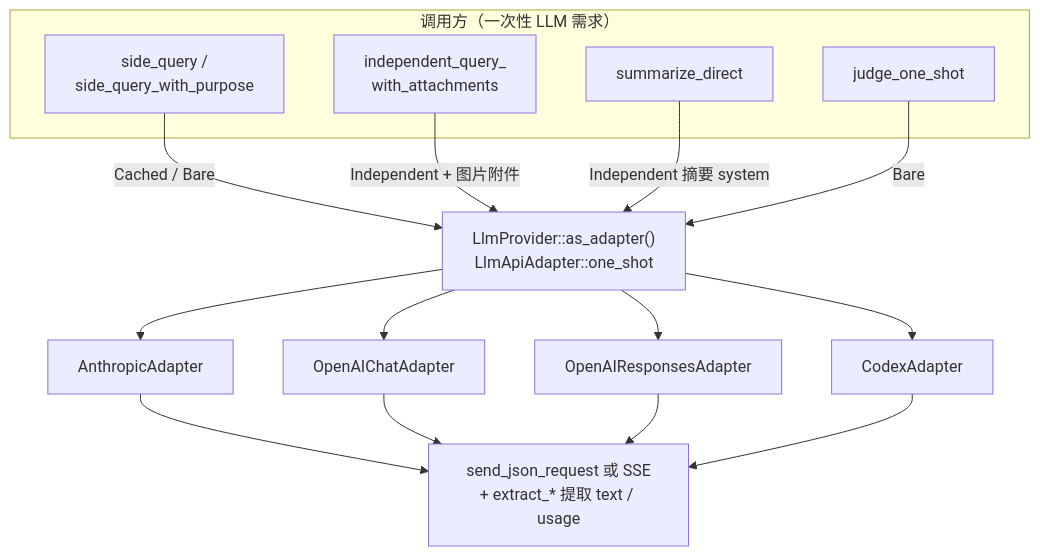
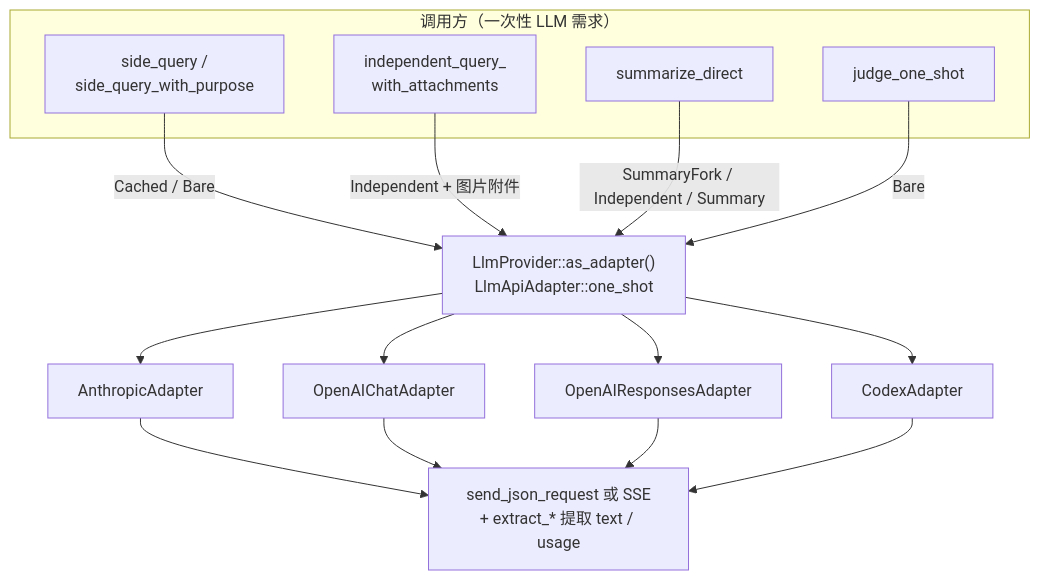
The second of 4 diagrams in mirrors/repos/shiwenwen@hope-agent/docs/architecture/agent/side-query.md (gabrielmoreira/agent-skills-mirror), drawn with Mermaid before and after one commit. The commit also changed other lines of this file and 4037 other files, not shown here.

````diff
--- a/mirrors/repos/shiwenwen@hope-agent/docs/architecture/agent/side-query.md
+++ b/mirrors/repos/shiwenwen@hope-agent/docs/architecture/agent/side-query.md
@@ -78,25 +80,25 @@
 ```mermaid
 flowchart TD
     subgraph Callers["调用方（一次性 LLM 需求）"]
       SQ["side_query /<br/>side_query_with_purpose"]
       IND["independent_query_<br/>with_attachments"]
       SUM["summarize_direct"]
       JUDGE["judge_one_shot"]
     end
 
     SQ -->|"Cached / Bare"| ADP
     IND -->|"Independent + 图片附件"| ADP
-    SUM -->|"Independent 摘要 system"| ADP
+    SUM -->|"SummaryFork / Independent / Summary"| ADP
     JUDGE -->|"Bare"| ADP
 
     ADP["LlmProvider::as_adapter()<br/>LlmApiAdapter::one_shot"]
     ADP --> A1["AnthropicAdapter"]
     ADP --> A2["OpenAIChatAdapter"]
     ADP --> A3["OpenAIResponsesAdapter"]
     ADP --> A4["CodexAdapter"]
 
     A1 --> HTTP["send_json_request 或 SSE<br/>+ extract_* 提取 text / usage"]
     A2 --> HTTP
     A3 --> HTTP
     A4 --> HTTP
 ```
````
